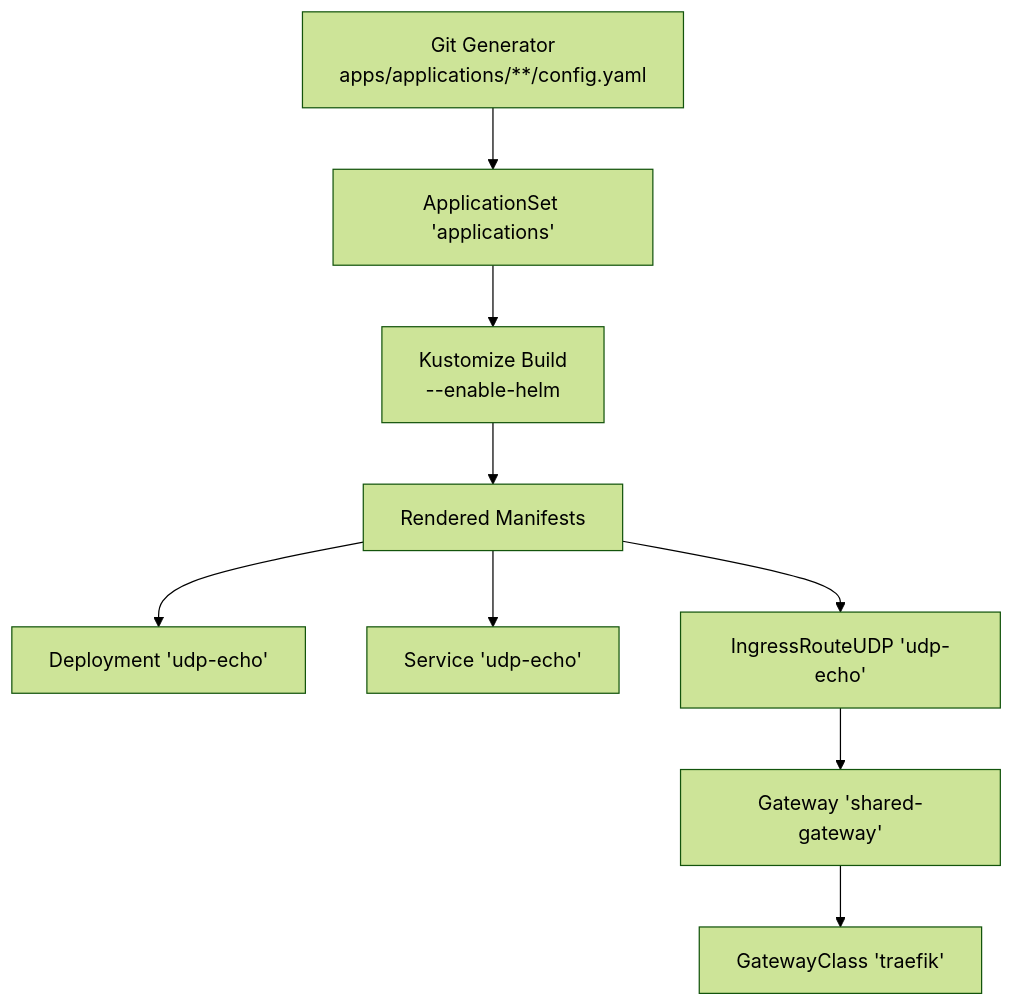
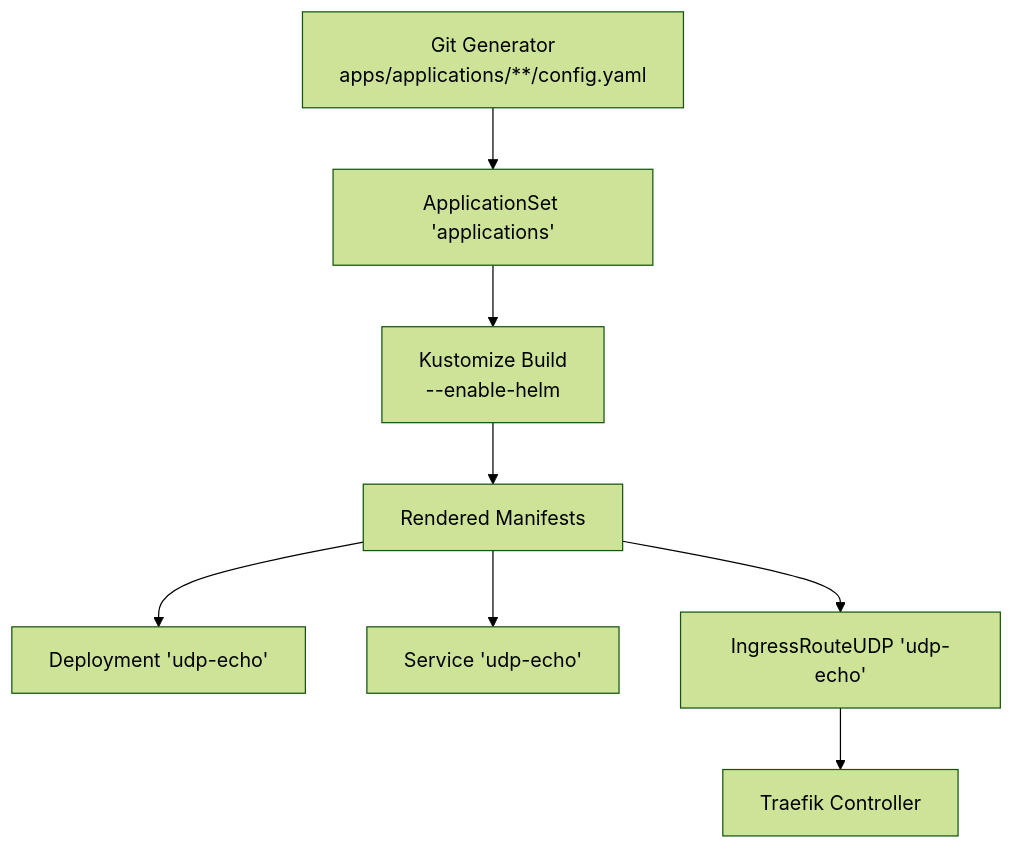
The third of 3 diagrams in .qoder/repowiki/en/content/Playground Applications/Demo Applications/UDP Echo Demo Application.md (Hoangvu75/k8s_manifest), drawn with Mermaid (forest theme) before and after one commit. The commit also changed other lines of this file and 10 other files, not shown here.

````diff
--- a/.qoder/repowiki/en/content/Playground Applications/Demo Applications/UDP Echo Demo Application.md
+++ b/.qoder/repowiki/en/content/Playground Applications/Demo Applications/UDP Echo Demo Application.md
@@ -171,11 +172,10 @@
 ```mermaid
 graph TB
 GEN["Git Generator<br/>apps/applications/**/config.yaml"] --> APPSET["ApplicationSet 'applications'"]
 APPSET --> KUSTOMIZE["Kustomize Build<br/>--enable-helm"]
 KUSTOMIZE --> MANIFESTS["Rendered Manifests"]
 MANIFESTS --> DEPLOYMENT["Deployment 'udp-echo'"]
 MANIFESTS --> SERVICE["Service 'udp-echo'"]
 MANIFESTS --> INGRESS["IngressRouteUDP 'udp-echo'"]
-INGRESS --> GATEWAY["Gateway 'shared-gateway'"]
-GATEWAY --> GATEWAYCLASS["GatewayClass 'traefik'"]
+INGRESS --> TRAEFIK["Traefik Controller"]
 ```
````
